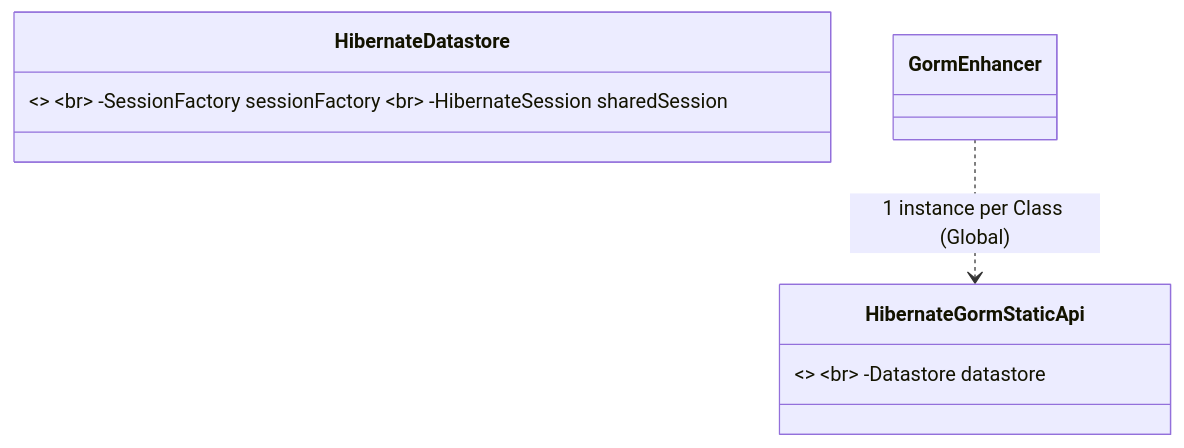
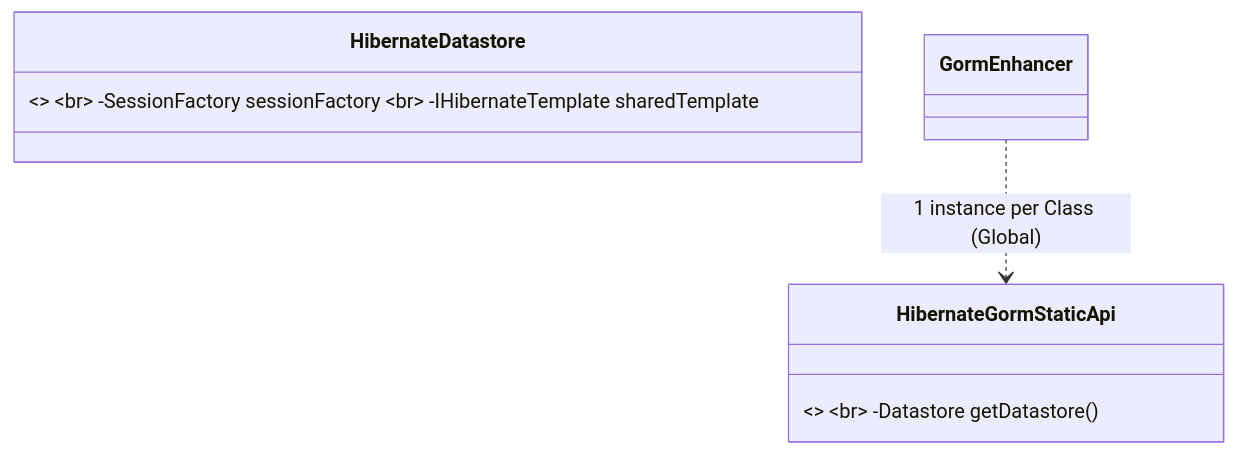
The diagram in grails-data-hibernate7/ISSUES.md (apache/grails-core), drawn with Mermaid before and after one commit. The commit also changed other lines of this file and 21 other files, not shown here.

````diff
--- a/grails-data-hibernate7/ISSUES.md
+++ b/grails-data-hibernate7/ISSUES.md
@@ -93,6 +71,6 @@
 ```mermaid
 classDiagram
-    class HibernateDatastore { <<Orchestrator>> <br> -SessionFactory sessionFactory <br> -HibernateSession sharedSession }
-    class HibernateGormStaticApi { <<Thin Lens>> <br> -Datastore datastore }
+    class HibernateDatastore { <<Orchestrator>> <br> -SessionFactory sessionFactory <br> -IHibernateTemplate sharedTemplate }
+    class HibernateGormStaticApi { <<Thin Lens>> <br> -Datastore getDatastore() }
     GormEnhancer ..> HibernateGormStaticApi : 1 instance per Class (Global)
 ```
````
